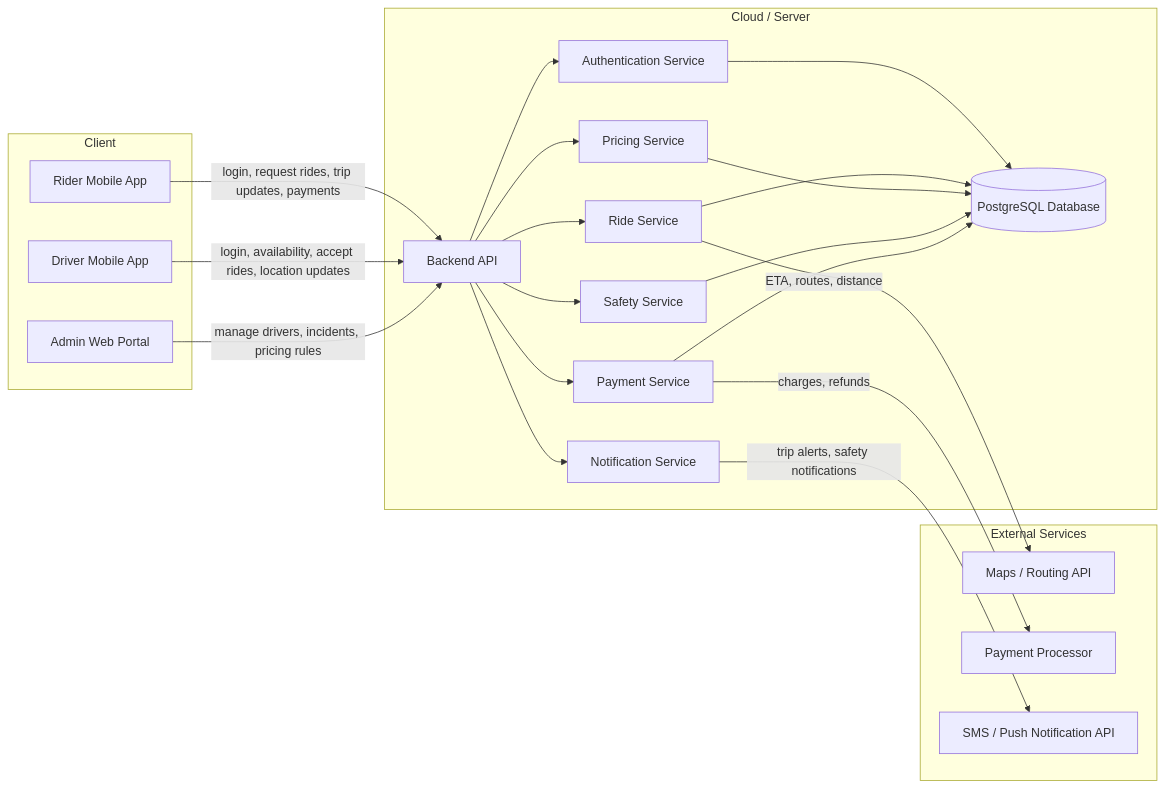
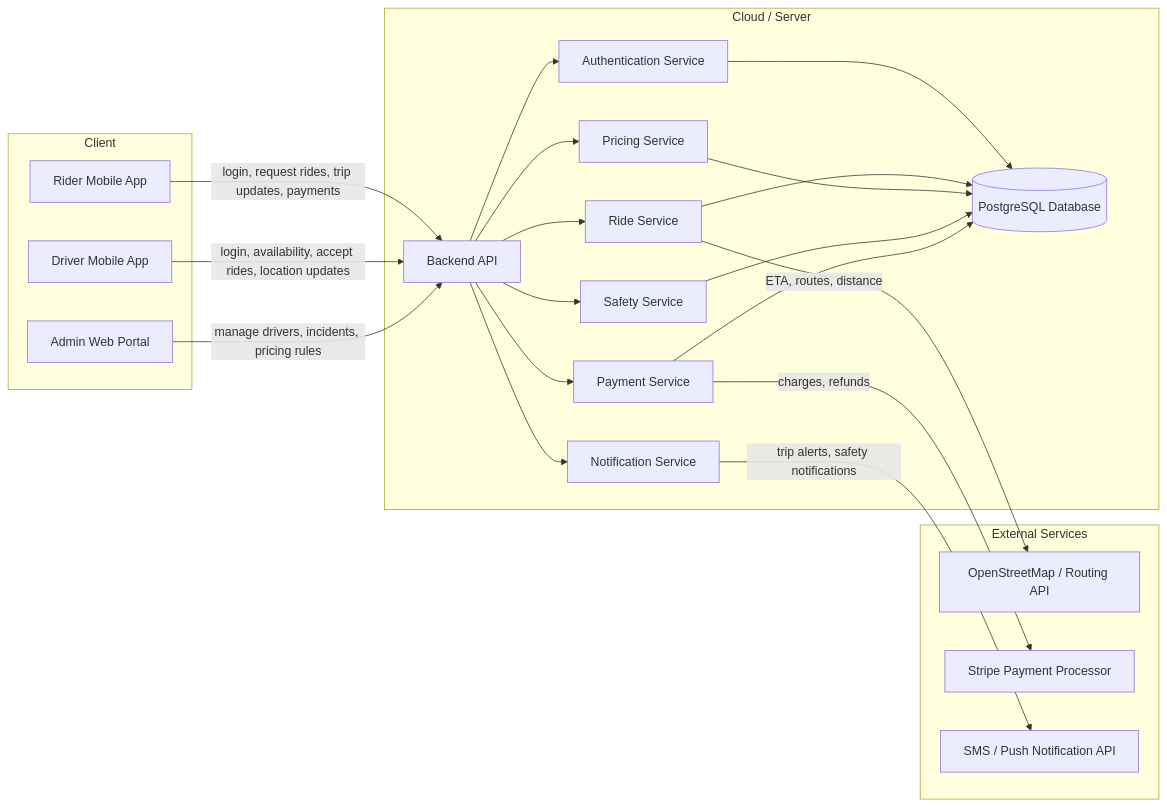
The diagram in documentation/architecture.md (cassiecoleman/team-citrine-deployment), drawn with Mermaid before and after one commit. The commit also changed other lines of this file and 3 other files, not shown here.

````diff
--- a/documentation/architecture.md
+++ b/documentation/architecture.md
@@ -5,46 +5,46 @@
 ```mermaid
 flowchart LR
     subgraph Client["Client"]
         RiderApp["Rider Mobile App"]
         DriverApp["Driver Mobile App"]
         AdminPortal["Admin Web Portal"]
     end
 
     subgraph Cloud["Cloud / Server"]
         BackendAPI["Backend API"]
         AuthService["Authentication Service"]
         RideService["Ride Service"]
         PricingService["Pricing Service"]
         SafetyService["Safety Service"]
         PaymentService["Payment Service"]
         NotificationService["Notification Service"]
         DB[("PostgreSQL Database")]
     end
 
     subgraph External["External Services"]
-        MapsAPI["Maps / Routing API"]
-        PaymentProcessor["Payment Processor"]
+        MapsAPI["OpenStreetMap / Routing API"]
+        StripeProcessor["Stripe Payment Processor"]
         MessagingAPI["SMS / Push Notification API"]
     end
 
     RiderApp -->|login, request rides, trip updates, payments| BackendAPI
     DriverApp -->|login, availability, accept rides, location updates| BackendAPI
     AdminPortal -->|manage drivers, incidents, pricing rules| BackendAPI
 
     BackendAPI --> AuthService
     BackendAPI --> RideService
     BackendAPI --> PricingService
     BackendAPI --> SafetyService
     BackendAPI --> PaymentService
     BackendAPI --> NotificationService
 
     AuthService --> DB
     RideService --> DB
     PricingService --> DB
     SafetyService --> DB
     PaymentService --> DB
 
     RideService -->|ETA, routes, distance| MapsAPI
-    PaymentService -->|charges, refunds| PaymentProcessor
+    PaymentService -->|charges, refunds| StripeProcessor
     NotificationService -->|trip alerts, safety notifications| MessagingAPI
 ```
````
